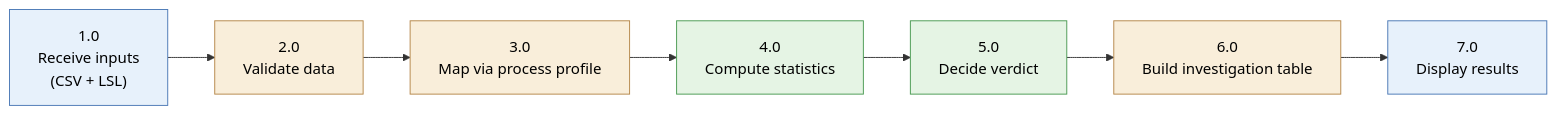
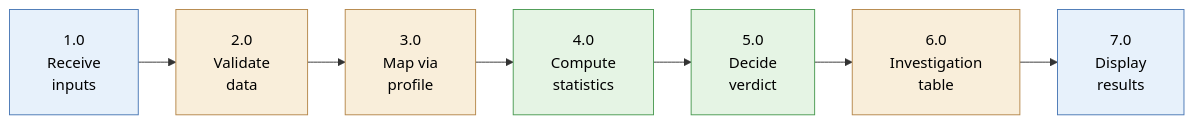
The third of 5 diagrams in docs/architecture.md (zaurbabayev222/team-sigma), drawn with Mermaid before and after one commit. The commit also changed other lines of this file, not shown here.

Commit message:
docs/architecture.md: shorter labels so text fits the diagram blocks

````diff
--- a/docs/architecture.md
+++ b/docs/architecture.md
@@ -81,16 +86,17 @@
 ```mermaid
+%%{init: {"flowchart": {"padding": 20, "nodeSpacing": 30, "rankSpacing": 40}}}%%
 flowchart LR
-    F1["1.0<br/>Receive inputs<br/>(CSV + LSL)"] --> F2["2.0<br/>Validate data"]
-    F2 --> F3["3.0<br/>Map via process profile"]
-    F3 --> F4["4.0<br/>Compute statistics"]
-    F4 --> F5["5.0<br/>Decide verdict"]
-    F5 --> F6["6.0<br/>Build investigation table"]
-    F6 --> F7["7.0<br/>Display results"]
+    F1["1.0<br>Receive<br>inputs"] --> F2["2.0<br>Validate<br>data"]
+    F2 --> F3["3.0<br>Map via<br>profile"]
+    F3 --> F4["4.0<br>Compute<br>statistics"]
+    F4 --> F5["5.0<br>Decide<br>verdict"]
+    F5 --> F6["6.0<br>Investigation<br>table"]
+    F6 --> F7["7.0<br>Display<br>results"]
 
     classDef ui fill:#e7f1fb,stroke:#4a78b5,color:#000
     classDef api fill:#f9eeda,stroke:#b5874a,color:#000
     classDef stats fill:#e5f4e4,stroke:#4a9a52,color:#000
     class F1,F7 ui
     class F2,F3,F6 api
     class F4,F5 stats
 ```
````
